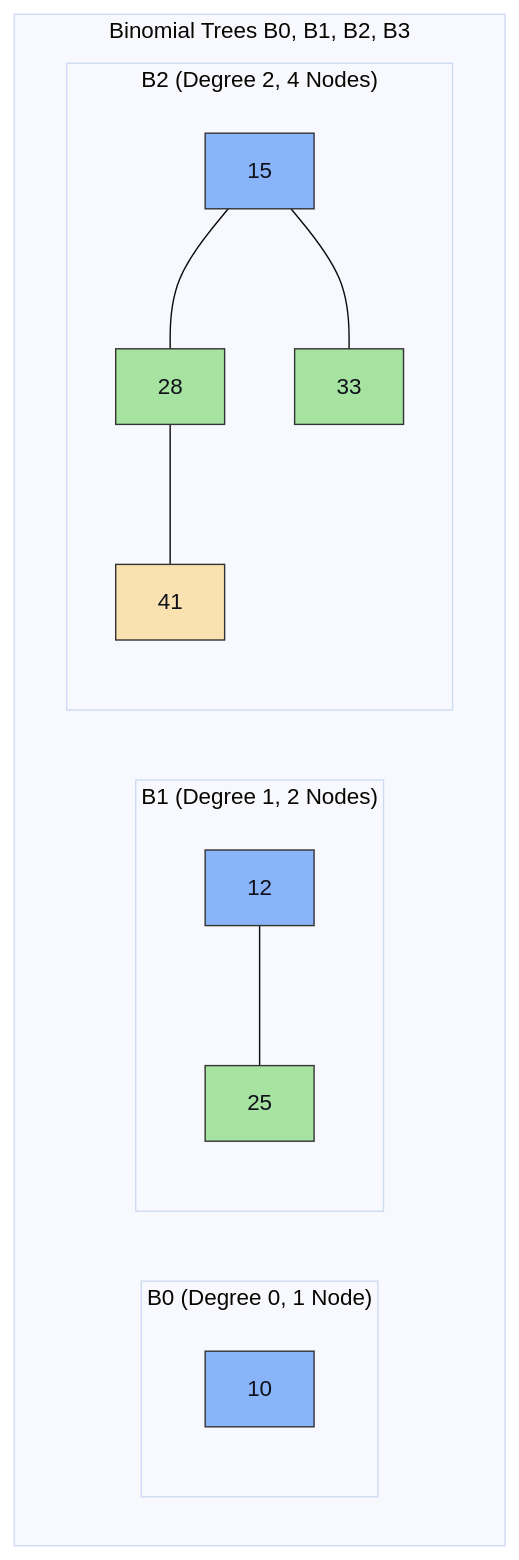
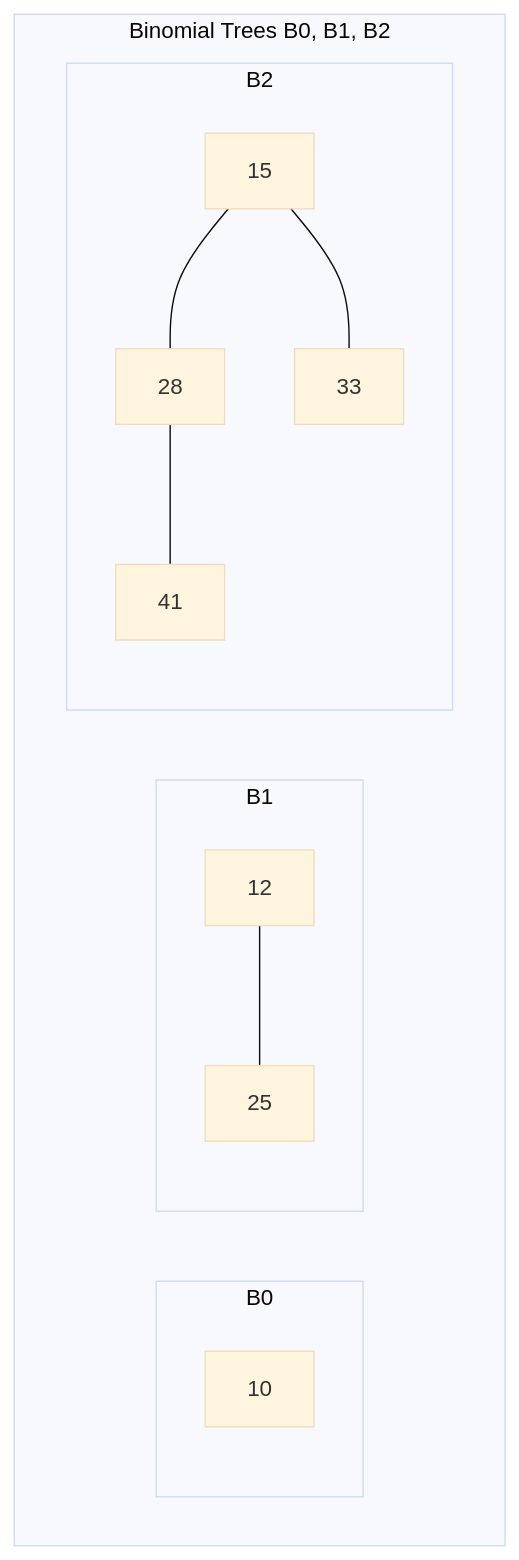
One commit to DeepLumiere/DeepSkills changed the fourth of 15 diagrams in notes/design_and_analysis_of_algorithms/Unit_04_Advanced_Data_Structures.md. Above: the diagram before and after it, drawn with Mermaid (base theme). The commit also changed other lines of this file and 3 other files, not shown here.

Commit message:
docs: enhance DAA notes and fix Computer Networks Ch 4 formatting & figure layouts

````diff
--- a/notes/design_and_analysis_of_algorithms/Unit_04_Advanced_Data_Structures.md
+++ b/notes/design_and_analysis_of_algorithms/Unit_04_Advanced_Data_Structures.md
@@ -354,23 +187,16 @@
 ```mermaid
 flowchart TD
-    subgraph "Binomial Trees B0, B1, B2, B3"
-        subgraph "B0 (Degree 0, 1 Node)"
+    subgraph "Binomial Trees B0, B1, B2"
+        subgraph "B0"
             r0[10]
-            style r0 fill:#89b4fa,stroke:#333,color:#11111b
         end
-        subgraph "B1 (Degree 1, 2 Nodes)"
+        subgraph "B1"
             r1[12] --- c11[25]
-            style r1 fill:#89b4fa,stroke:#333,color:#11111b
-            style c11 fill:#a6e3a1,stroke:#333,color:#11111b
         end
-        subgraph "B2 (Degree 2, 4 Nodes)"
+        subgraph "B2"
             r2[15] --- c21[28]
             r2 --- c22[33]
             c21 --- c211[41]
-            style r2 fill:#89b4fa,stroke:#333,color:#11111b
-            style c21 fill:#a6e3a1,stroke:#333,color:#11111b
-            style c22 fill:#a6e3a1,stroke:#333,color:#11111b
-            style c211 fill:#f9e2af,stroke:#333,color:#11111b
         end
     end
 ```
````
